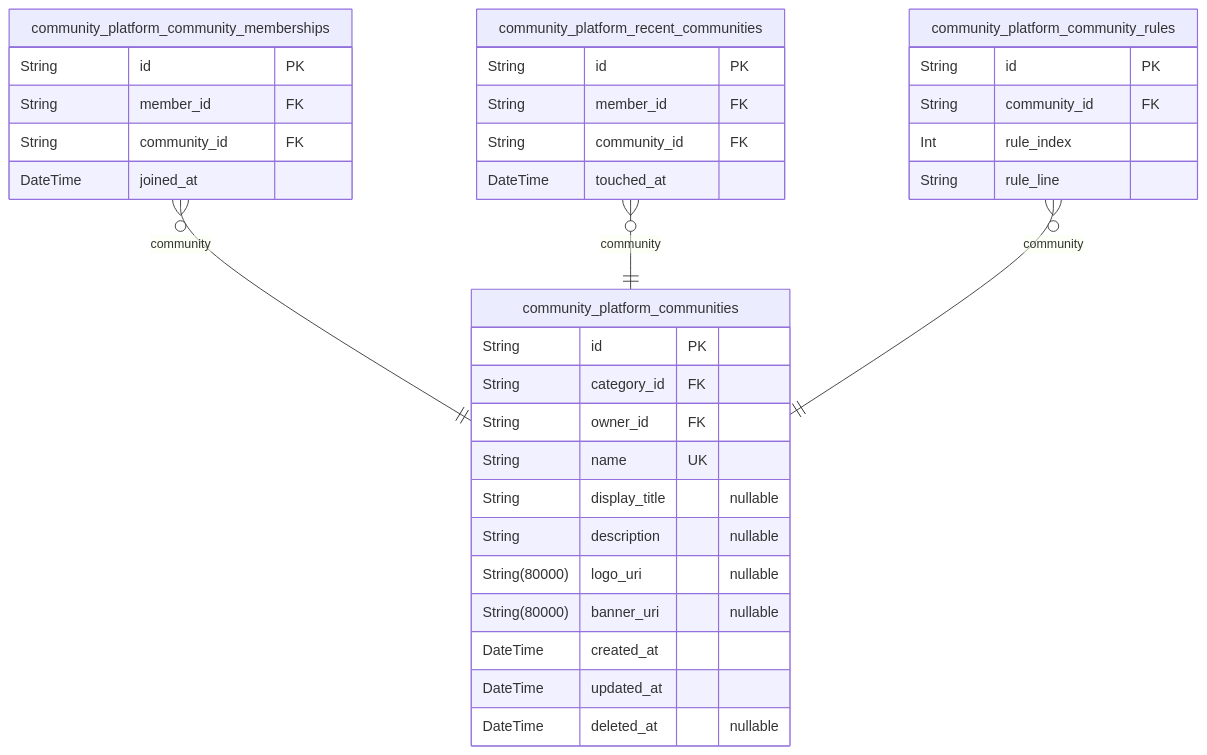
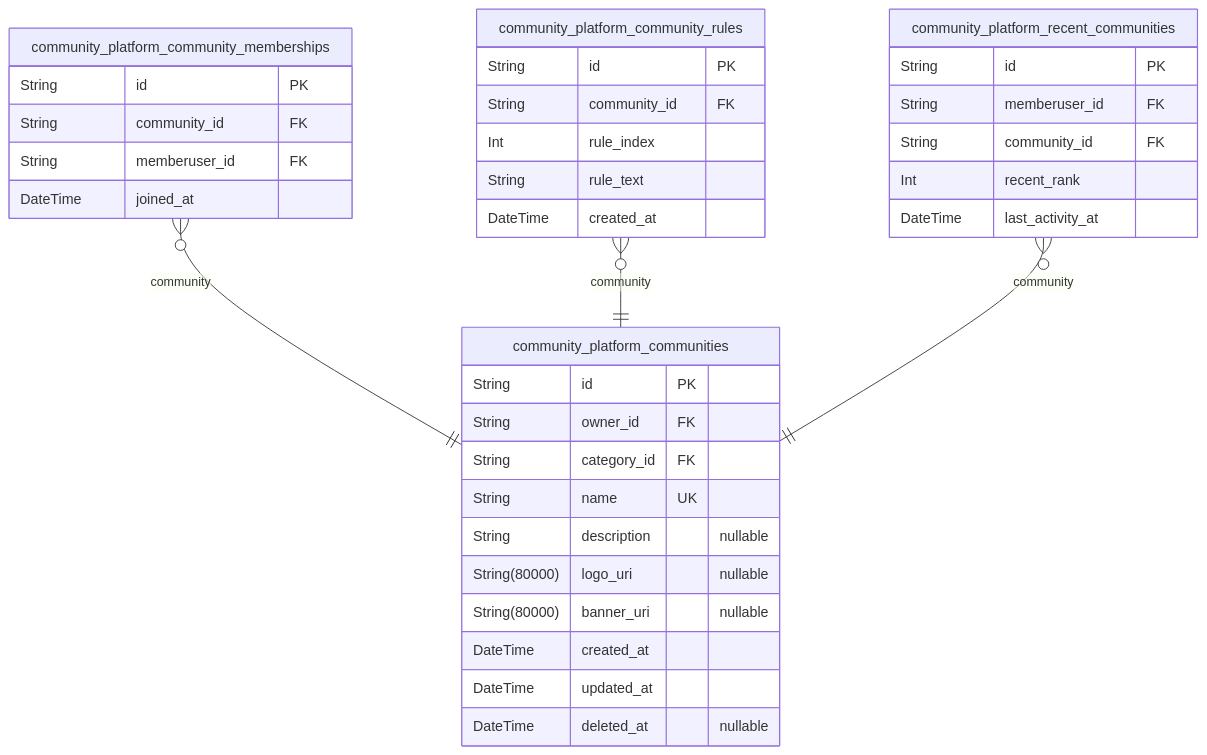
Before and after one commit to wrtnlabs/autobe-example-reddit-openai-gpt-4.1: the third of 6 diagrams in docs/ERD.md, drawn with Mermaid. The commit also changed other lines of this file and 820 other files, not shown here.

````diff
--- a/docs/ERD.md
+++ b/docs/ERD.md
@@ -358,37 +321,38 @@
 ```mermaid
 erDiagram
 "community_platform_communities" {
   String id PK
+  String owner_id FK
   String category_id FK
-  String owner_id FK
   String name UK
-  String display_title "nullable"
   String description "nullable"
   String(80000) logo_uri "nullable"
   String(80000) banner_uri "nullable"
   DateTime created_at
   DateTime updated_at
   DateTime deleted_at "nullable"
 }
 "community_platform_community_memberships" {
   String id PK
-  String member_id FK
   String community_id FK
+  String memberuser_id FK
   DateTime joined_at
-}
-"community_platform_recent_communities" {
-  String id PK
-  String member_id FK
-  String community_id FK
-  DateTime touched_at
 }
 "community_platform_community_rules" {
   String id PK
   String community_id FK
   Int rule_index
-  String rule_line
+  String rule_text
+  DateTime created_at
+}
+"community_platform_recent_communities" {
+  String id PK
+  String memberuser_id FK
+  String community_id FK
+  Int recent_rank
+  DateTime last_activity_at
 }
 "community_platform_community_memberships" }o--|| "community_platform_communities" : community
+"community_platform_community_rules" }o--|| "community_platform_communities" : community
 "community_platform_recent_communities" }o--|| "community_platform_communities" : community
-"community_platform_community_rules" }o--|| "community_platform_communities" : community
 ```
````
